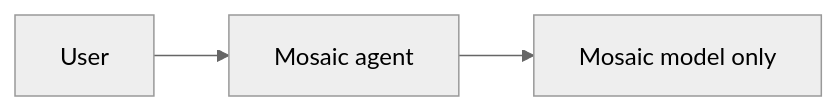
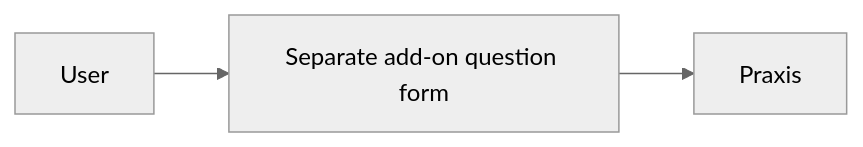
Before and after one commit to gwicho38/mosaic-addons: the first of 2 diagrams in addons/praxis-legal/README.md, drawn with Mermaid (neutral theme). The commit also changed other lines of this file and 5 other files, not shown here.

Commit message:
refactor: make Praxis integration MCP only (refs #9)

````diff
--- a/addons/praxis-legal/README.md
+++ b/addons/praxis-legal/README.md
@@ -7,5 +8,5 @@
 ```mermaid
 flowchart LR
-    User --> MosaicAgent[Mosaic agent]
-    MosaicAgent --> MosaicModel[Mosaic model only]
+    User --> Form[Separate add-on question form]
+    Form --> Praxis
 ```
````
